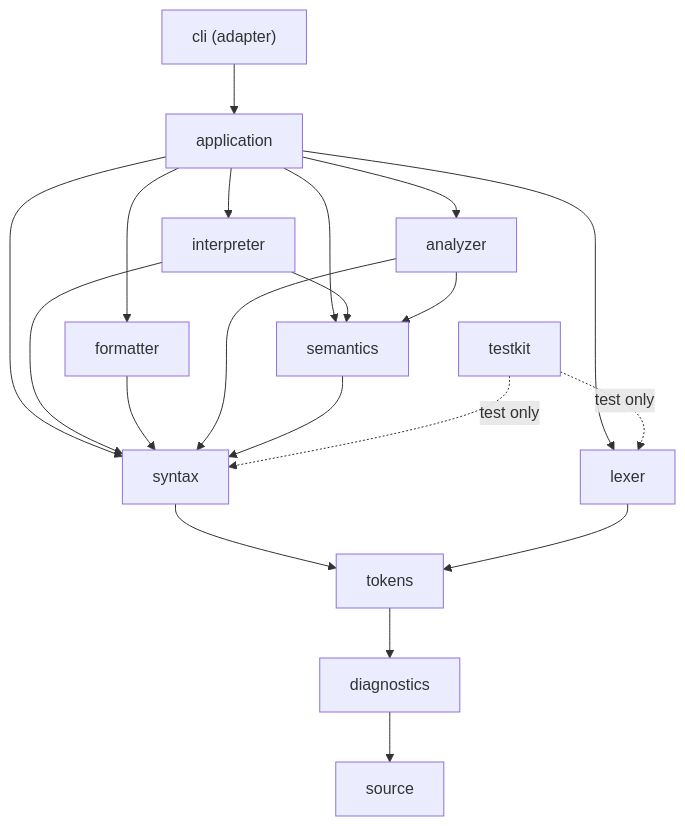
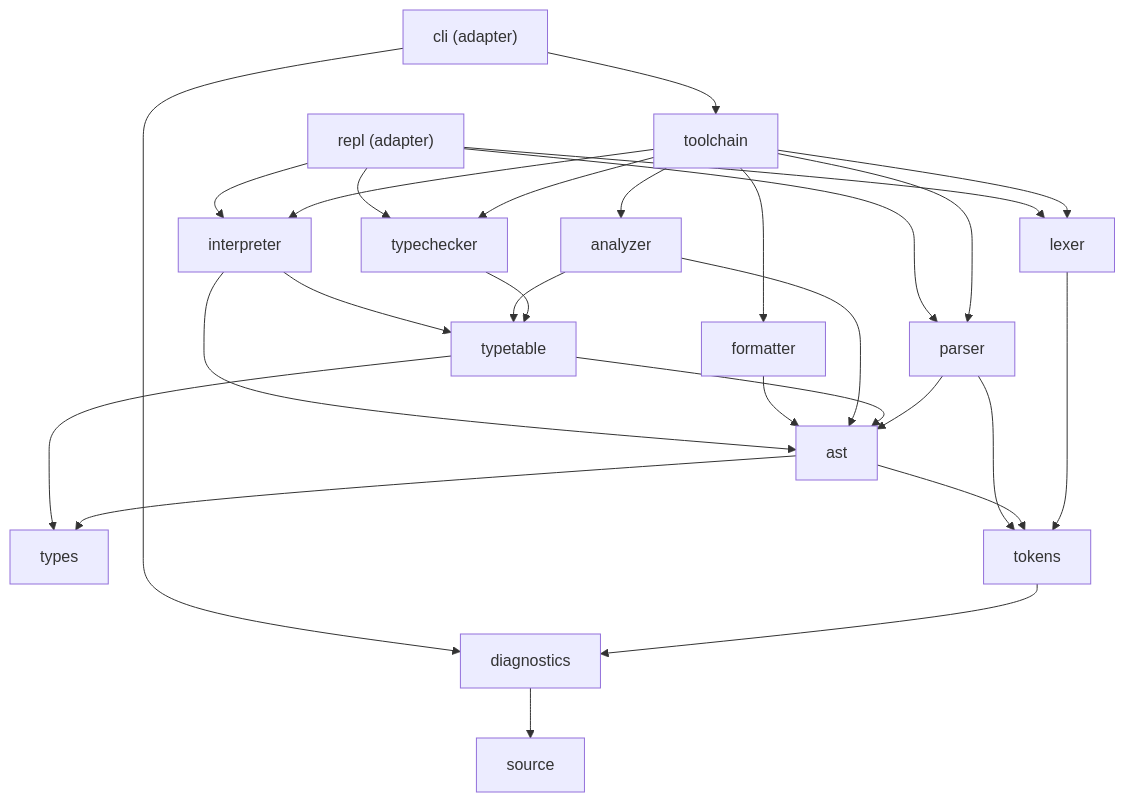
The first of 3 diagrams in docs/architecture.md (GarroteSantiago/printscript), drawn with Mermaid before and after one commit. The commit also changed other lines of this file and 233 other files, not shown here.

First line of the commit message:
Split language core into focused modules, rename application to toolchain, add a REPL adapter (#1)

````diff
--- a/docs/architecture.md
+++ b/docs/architecture.md
@@ -33,22 +50,30 @@
 ```mermaid
 graph TD
-    cli["cli (adapter)"] --> application
-    application --> formatter
-    application --> analyzer
-    application --> interpreter
-    application --> lexer
-    application --> syntax
-    application --> semantics
-    interpreter --> syntax
-    interpreter --> semantics
-    formatter --> syntax
-    analyzer --> syntax
-    analyzer --> semantics
-    semantics --> syntax
-    syntax --> tokens
+    cli["cli (adapter)"] --> toolchain
+    cli --> diagnostics
+    repl["repl (adapter)"] --> lexer
+    repl --> parser
+    repl --> typechecker
+    repl --> interpreter
+    toolchain --> formatter
+    toolchain --> analyzer
+    toolchain --> interpreter
+    toolchain --> lexer
+    toolchain --> parser
+    toolchain --> typechecker
+    interpreter --> ast
+    interpreter --> typetable
+    formatter --> ast
+    analyzer --> ast
+    analyzer --> typetable
+    typechecker --> typetable
+    typetable --> ast
+    typetable --> types
+    parser --> ast
+    parser --> tokens
+    ast --> tokens
+    ast --> types
     lexer --> tokens
     tokens --> diagnostics
     diagnostics --> source
-    testkit -.test only.-> lexer
-    testkit -.test only.-> syntax
 ```
````
